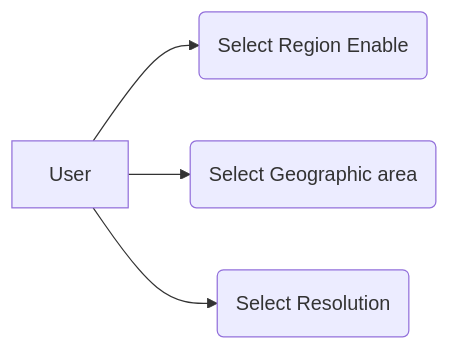
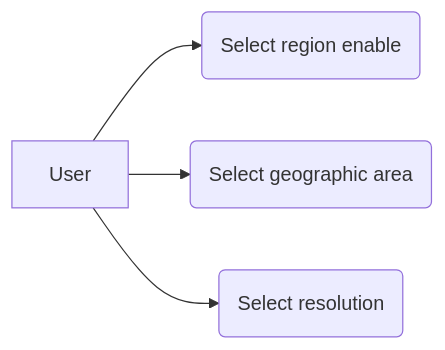
Before and after one commit to CONABIO/species_v3.0: the diagram in use_cases/region_and_resolution_selection.md, drawn with Mermaid. The commit also changed 3 other files, not shown here.

````diff
--- a/use_cases/region_and_resolution_selection.md
+++ b/use_cases/region_and_resolution_selection.md
@@ -5,6 +5,6 @@
 ```mermaid
 flowchart LR
-    User --> id1(Select Region Enable)
-    User --> id2(Select Geographic area)
-    User --> id3(Select Resolution)
+    User --> id1(Select region enable)
+    User --> id2(Select geographic area)
+    User --> id3(Select resolution)
 ```
````
